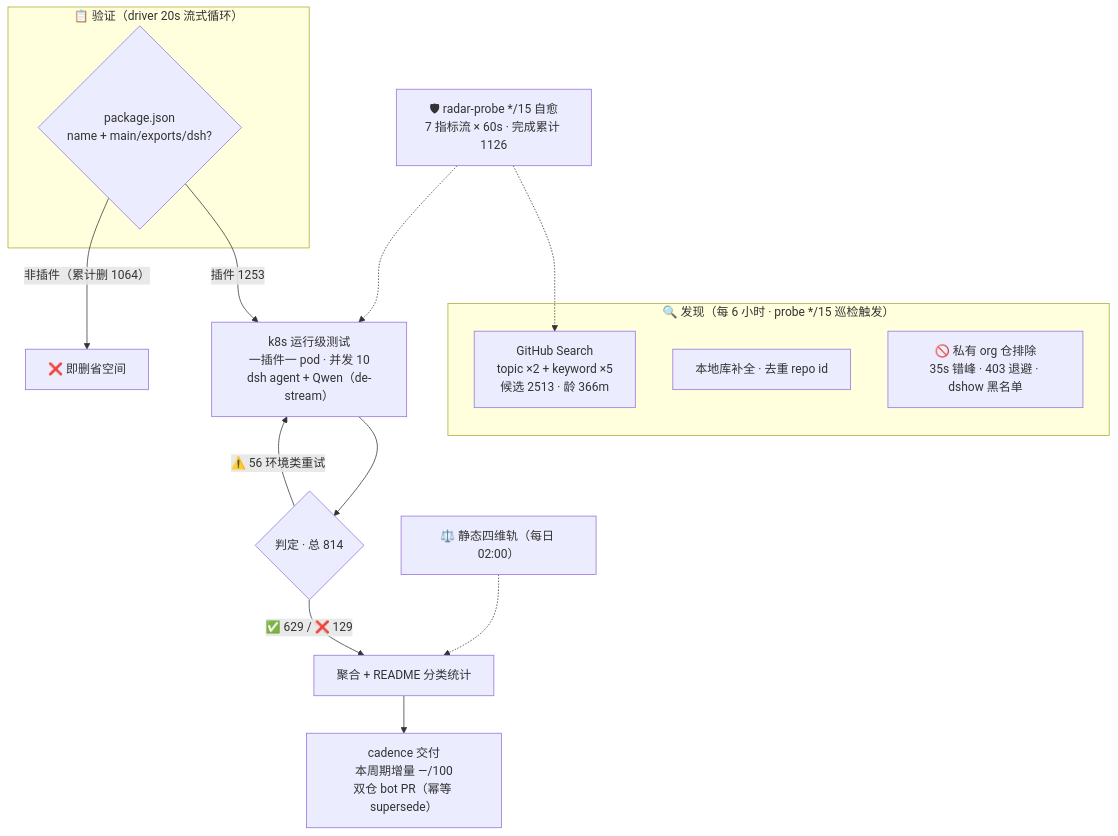
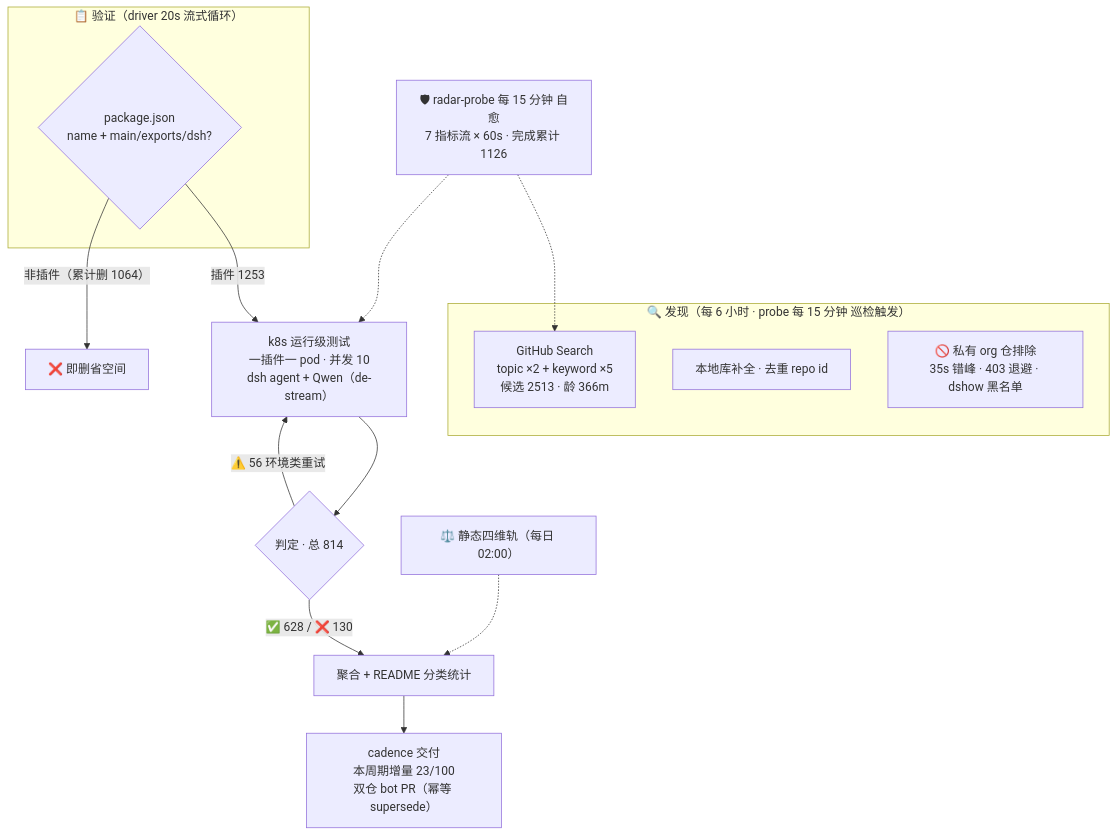
The diagram in README.md (Zhidao-Lab-OSS/awesome-dsh-plugins), drawn with Mermaid before and after one commit. The commit also changed other lines of this file and 8 other files, not shown here.

````diff
--- a/README.md
+++ b/README.md
@@ -30,20 +30,20 @@
 ```mermaid
 flowchart TB
-    subgraph Discovery["🔍 发现（每 6 小时 · probe */15 巡检触发）"]
+    subgraph Discovery["🔍 发现（每 6 小时 · probe 每 15 分钟 巡检触发）"]
         A1["GitHub Search<br/>topic ×2 + keyword ×5<br/>候选 2513 · 龄 366m"]
         A2["本地库补全 · 去重 repo id"]
         A3["🚫 私有 org 仓排除<br/>35s 错峰 · 403 退避 · dshow 黑名单"]
     end
     subgraph Validation["📋 验证（driver 20s 流式循环）"]
         B1{"package.json<br/>name + main/exports/dsh?"}
     end
     B1 -->|"插件 1253"| C1["k8s 运行级测试<br/>一插件一 pod · 并发 10<br/>dsh agent + Qwen（de-stream）"]
     B1 -->|"非插件（累计删 1064）"| B3["❌ 即删省空间"]
     C1 --> D1{"判定 · 总 814"}
-    D1 -->|"✅ 629 / ❌ 129"| E1["聚合 + README 分类统计"]
+    D1 -->|"✅ 628 / ❌ 130"| E1["聚合 + README 分类统计"]
     D1 -->|"⚠️ 56 环境类重试"| C1
-    E1 --> E2["cadence 交付<br/>本周期增量 —/100<br/>双仓 bot PR（幂等 supersede）"]
+    E1 --> E2["cadence 交付<br/>本周期增量 23/100<br/>双仓 bot PR（幂等 supersede）"]
     S["⚖️ 静态四维轨（每日 02:00）"] -.-> E1
-    M["🛡 radar-probe */15 自愈<br/>7 指标流 × 60s · 完成累计 1126"] -.-> A1
+    M["🛡 radar-probe 每 15 分钟 自愈<br/>7 指标流 × 60s · 完成累计 1126"] -.-> A1
     M -.-> C1
 ```
````
